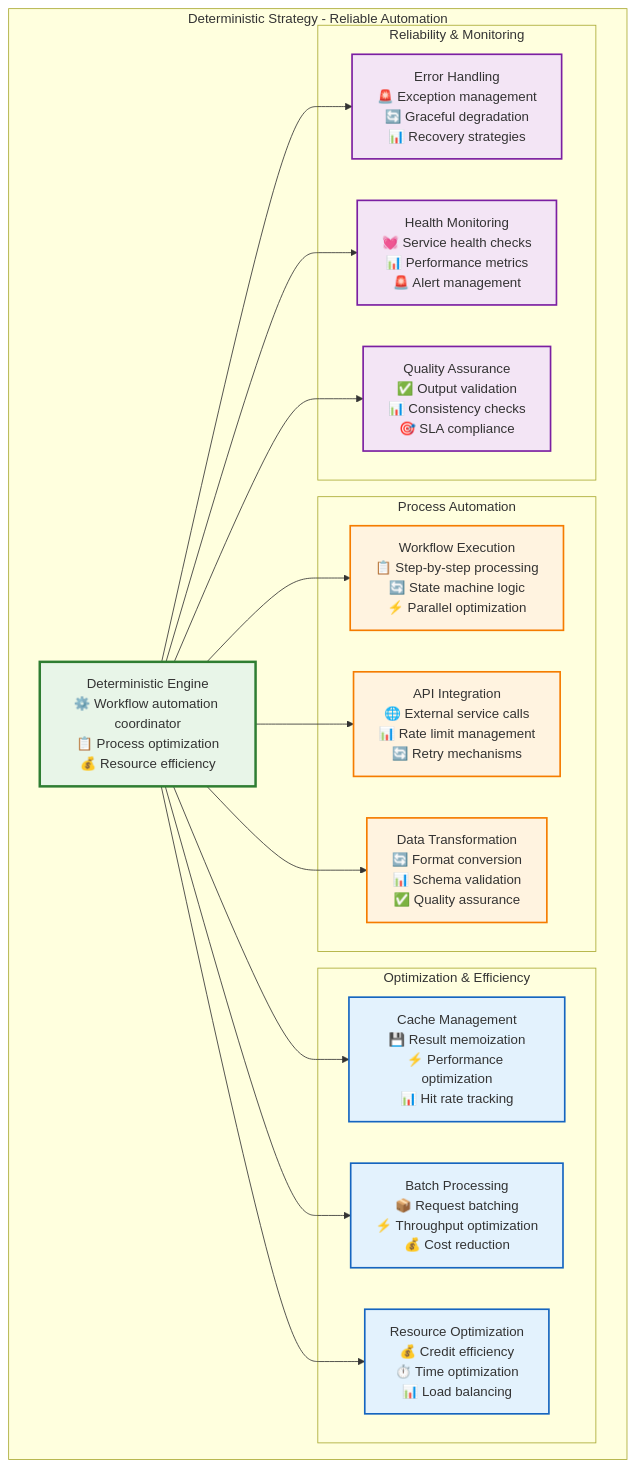
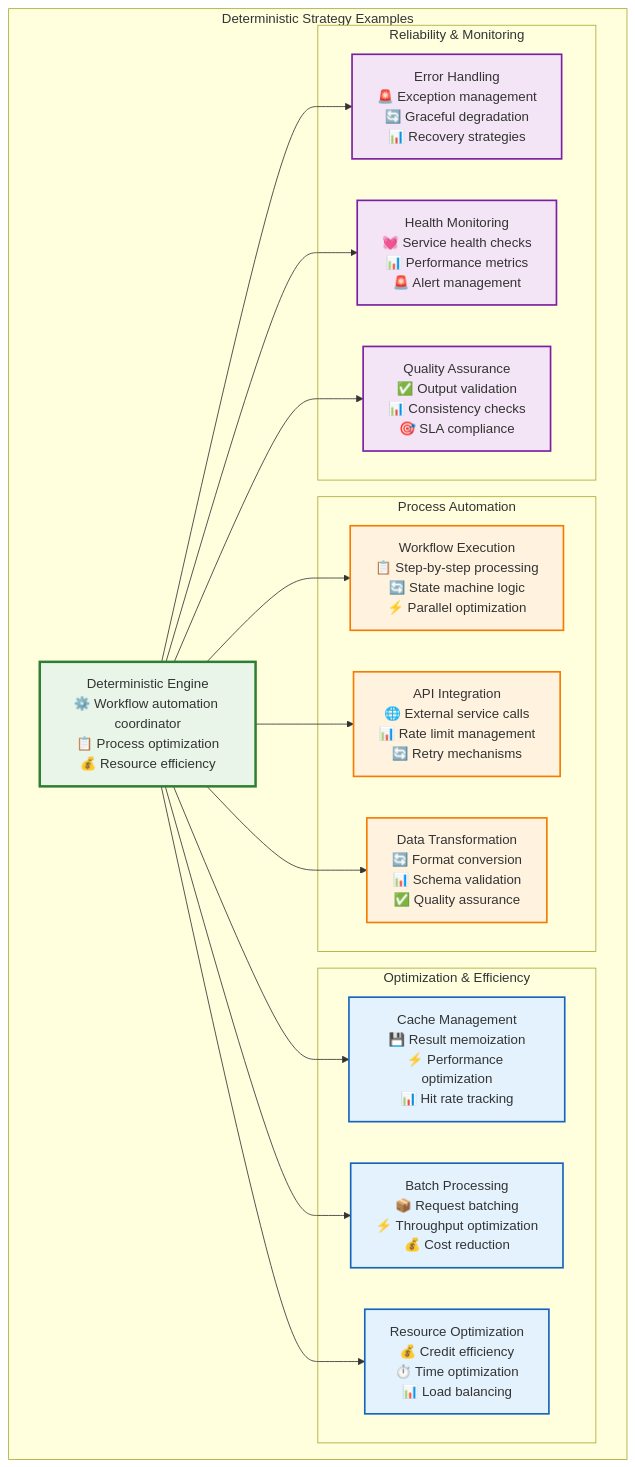
One commit to Vrooli/Vrooli changed diagram 20 of 51 in docs/ai-execution-architecture.md. Above: the diagram before and after it, drawn with Mermaid. The commit also changed other lines of this file, not shown here.

Commit message:
Execution architecture p7

````diff
--- a/docs/ai-execution-architecture.md
+++ b/docs/ai-execution-architecture.md
@@ -1257,50 +1235,50 @@
 ```mermaid
 graph TB
-    subgraph "Deterministic Strategy - Reliable Automation"
+    subgraph "Deterministic Strategy Examples"
         DeterministicEngine[Deterministic Engine<br/>⚙️ Workflow automation coordinator<br/>📋 Process optimization<br/>💰 Resource efficiency]
         
         subgraph "Process Automation"
             WorkflowExecution[Workflow Execution<br/>📋 Step-by-step processing<br/>🔄 State machine logic<br/>⚡ Parallel optimization]
             
             APIIntegration[API Integration<br/>🌐 External service calls<br/>📊 Rate limit management<br/>🔄 Retry mechanisms]
             
             DataTransformation[Data Transformation<br/>🔄 Format conversion<br/>📊 Schema validation<br/>✅ Quality assurance]
         end
         
         subgraph "Optimization & Efficiency"
             CacheManagement[Cache Management<br/>💾 Result memoization<br/>⚡ Performance optimization<br/>📊 Hit rate tracking]
             
             BatchProcessing[Batch Processing<br/>📦 Request batching<br/>⚡ Throughput optimization<br/>💰 Cost reduction]
             
             ResourceOptimization[Resource Optimization<br/>💰 Credit efficiency<br/>⏱️ Time optimization<br/>📊 Load balancing]
         end
         
         subgraph "Reliability & Monitoring"
             ErrorHandling[Error Handling<br/>🚨 Exception management<br/>🔄 Graceful degradation<br/>📊 Recovery strategies]
             
             HealthMonitoring[Health Monitoring<br/>💓 Service health checks<br/>📊 Performance metrics<br/>🚨 Alert management]
             
             QualityAssurance[Quality Assurance<br/>✅ Output validation<br/>📊 Consistency checks<br/>🎯 SLA compliance]
         end
     end
     
     DeterministicEngine --> WorkflowExecution
     DeterministicEngine --> APIIntegration
     DeterministicEngine --> DataTransformation
     DeterministicEngine --> CacheManagement
     DeterministicEngine --> BatchProcessing
     DeterministicEngine --> ResourceOptimization
     DeterministicEngine --> ErrorHandling
     DeterministicEngine --> HealthMonitoring
     DeterministicEngine --> QualityAssurance
     
     classDef engine fill:#e8f5e8,stroke:#2e7d32,stroke-width:3px
     classDef automation fill:#fff3e0,stroke:#f57c00,stroke-width:2px
     classDef optimization fill:#e3f2fd,stroke:#1565c0,stroke-width:2px
     classDef reliability fill:#f3e5f5,stroke:#7b1fa2,stroke-width:2px
     
     class DeterministicEngine engine
     class WorkflowExecution,APIIntegration,DataTransformation automation
     class CacheManagement,BatchProcessing,ResourceOptimization optimization
     class ErrorHandling,HealthMonitoring,QualityAssurance reliability
 ```
````
